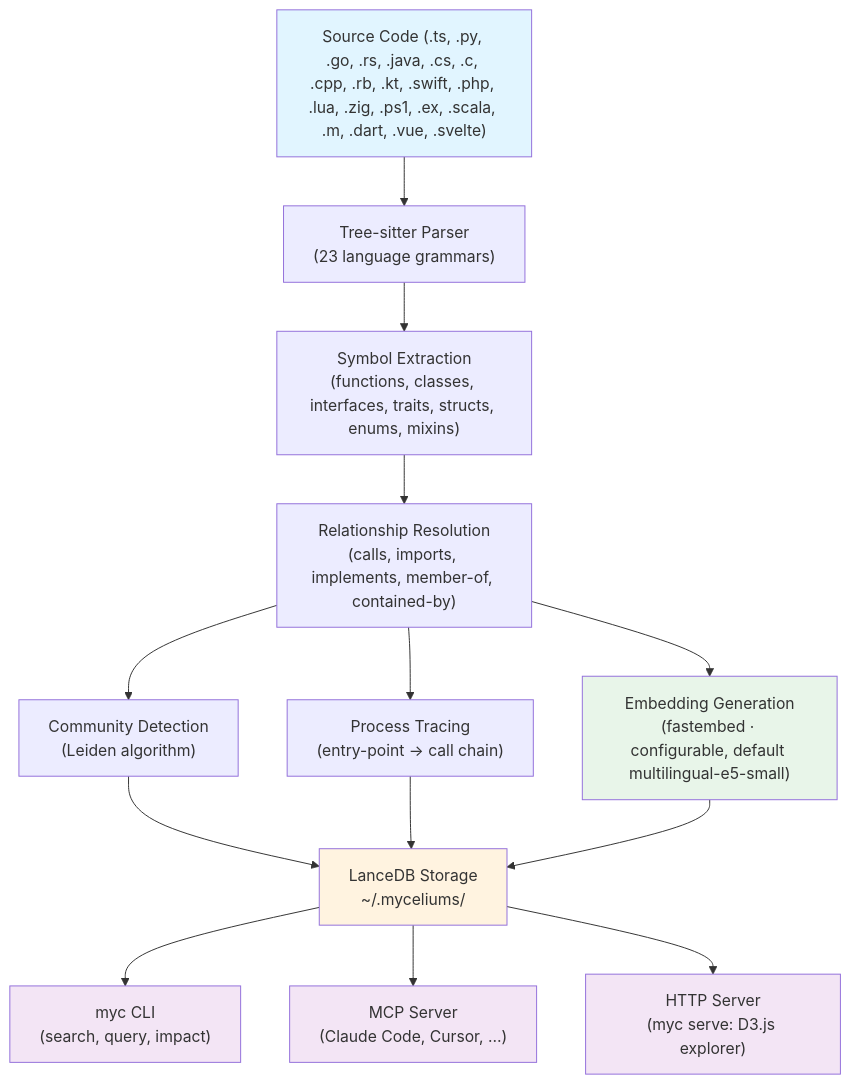
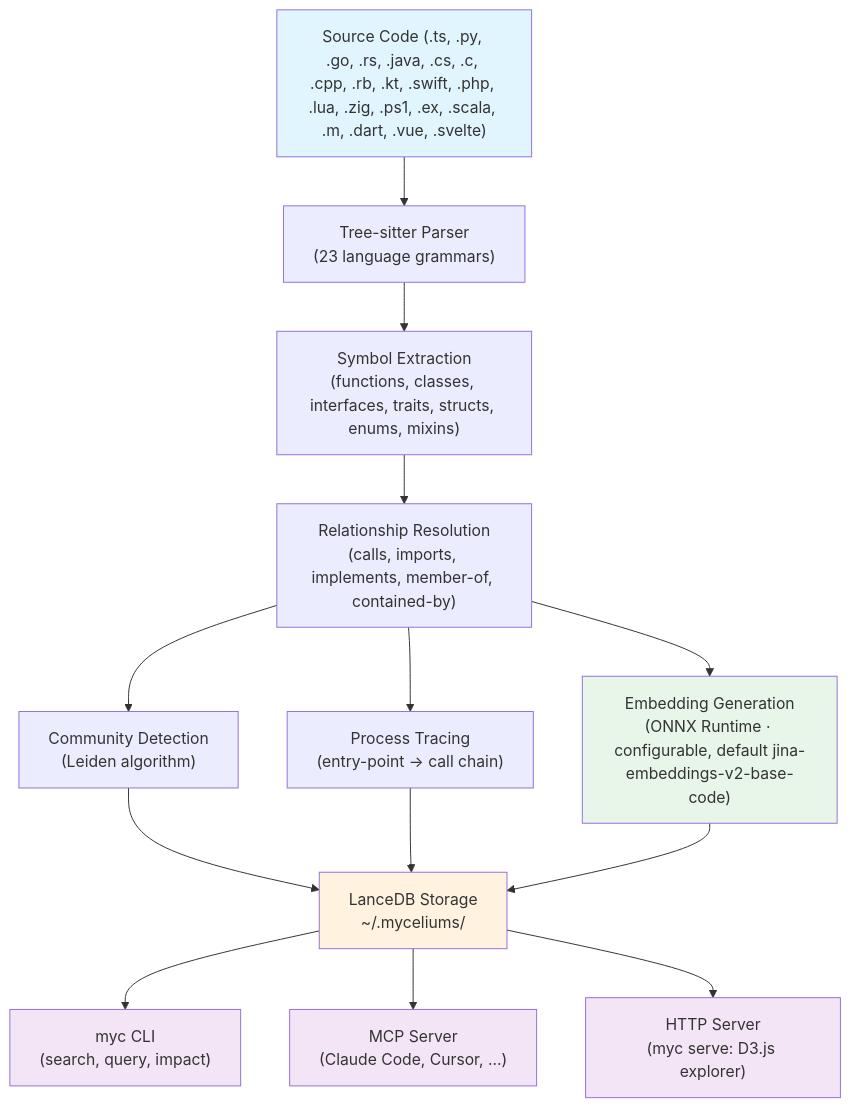
Before and after one commit to marcmantei/myceliums: the diagram in README.md, drawn with Mermaid. The commit also changed other lines of this file and 67 other files, not shown here.

First line of the commit message:
feat(embeddings)!: jina-embeddings-v2-base-code + template 2 + chunking is the default — measured embedding stack, ONNX inference, variant evaluation (#157) (#160)

````diff
--- a/README.md
+++ b/README.md
@@ -550,29 +575,29 @@
 ```mermaid
 graph TD
     A["Source Code (.ts, .py, .go, .rs, .java, .cs, .c, .cpp, .rb, .kt, .swift, .php, .lua, .zig, .ps1, .ex, .scala, .m, .dart, .vue, .svelte)"]
     
     A --> B["Tree-sitter Parser<br/>(23 language grammars)"]
     
     B --> C["Symbol Extraction<br/>(functions, classes, interfaces, traits, structs, enums, mixins)"]
     
     C --> D["Relationship Resolution<br/>(calls, imports, implements, member-of, contained-by)"]
     
     D --> E["Community Detection<br/>(Leiden algorithm)"]
     D --> F["Process Tracing<br/>(entry-point → call chain)"]
-    D --> K["Embedding Generation<br/>(fastembed · configurable, default multilingual-e5-small)"]
+    D --> K["Embedding Generation<br/>(ONNX Runtime · configurable, default jina-embeddings-v2-base-code)"]
     
     E --> G["LanceDB Storage<br/>~/.myceliums/"]
     F --> G
     K --> G
     
     G --> H["myc CLI<br/>(search, query, impact)"]
     G --> I["MCP Server<br/>(Claude Code, Cursor, …)"]
     G --> J["HTTP Server<br/>(myc serve: D3.js explorer)"]
     
     style A fill:#e1f5ff
     style G fill:#fff3e0
     style H fill:#f3e5f5
     style I fill:#f3e5f5
     style J fill:#f3e5f5
     style K fill:#e8f5e9
 ```
````
